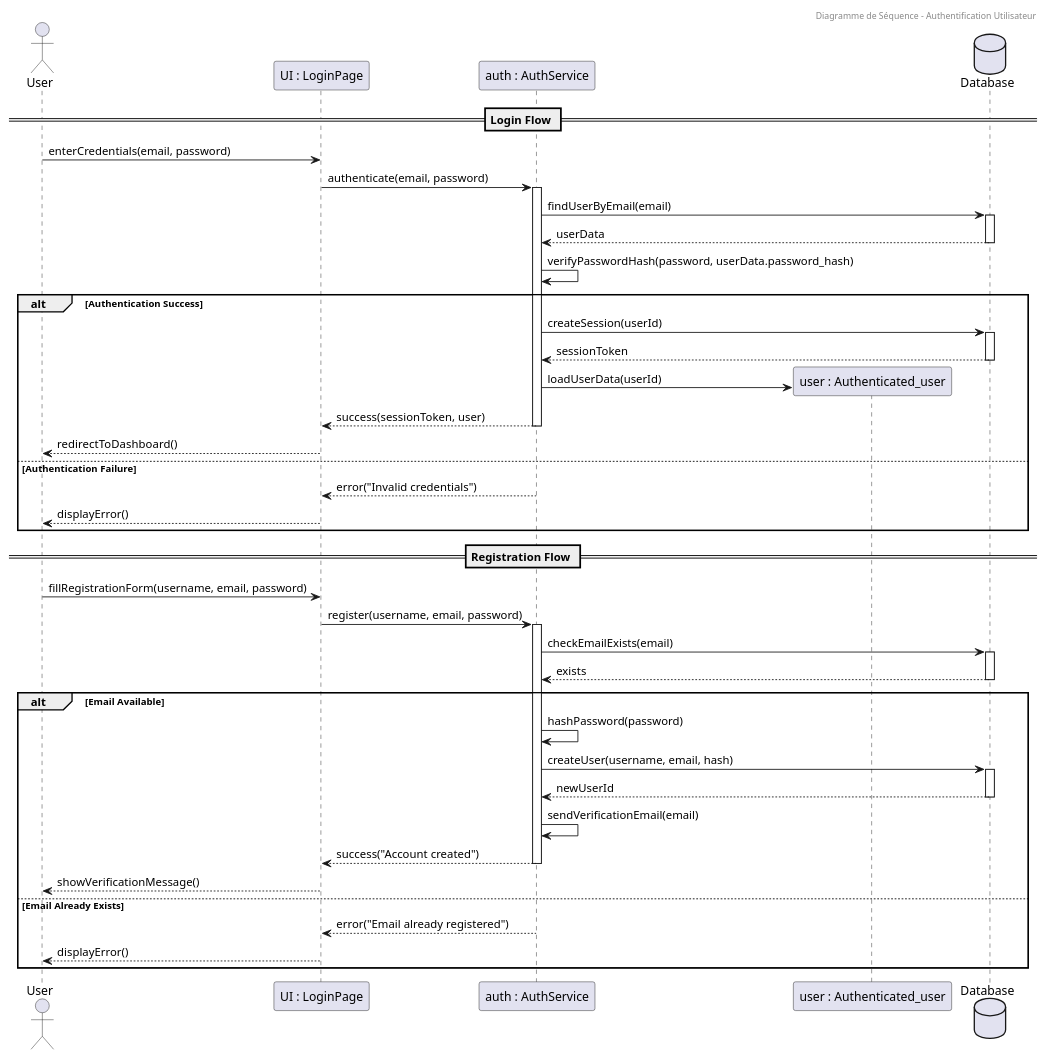
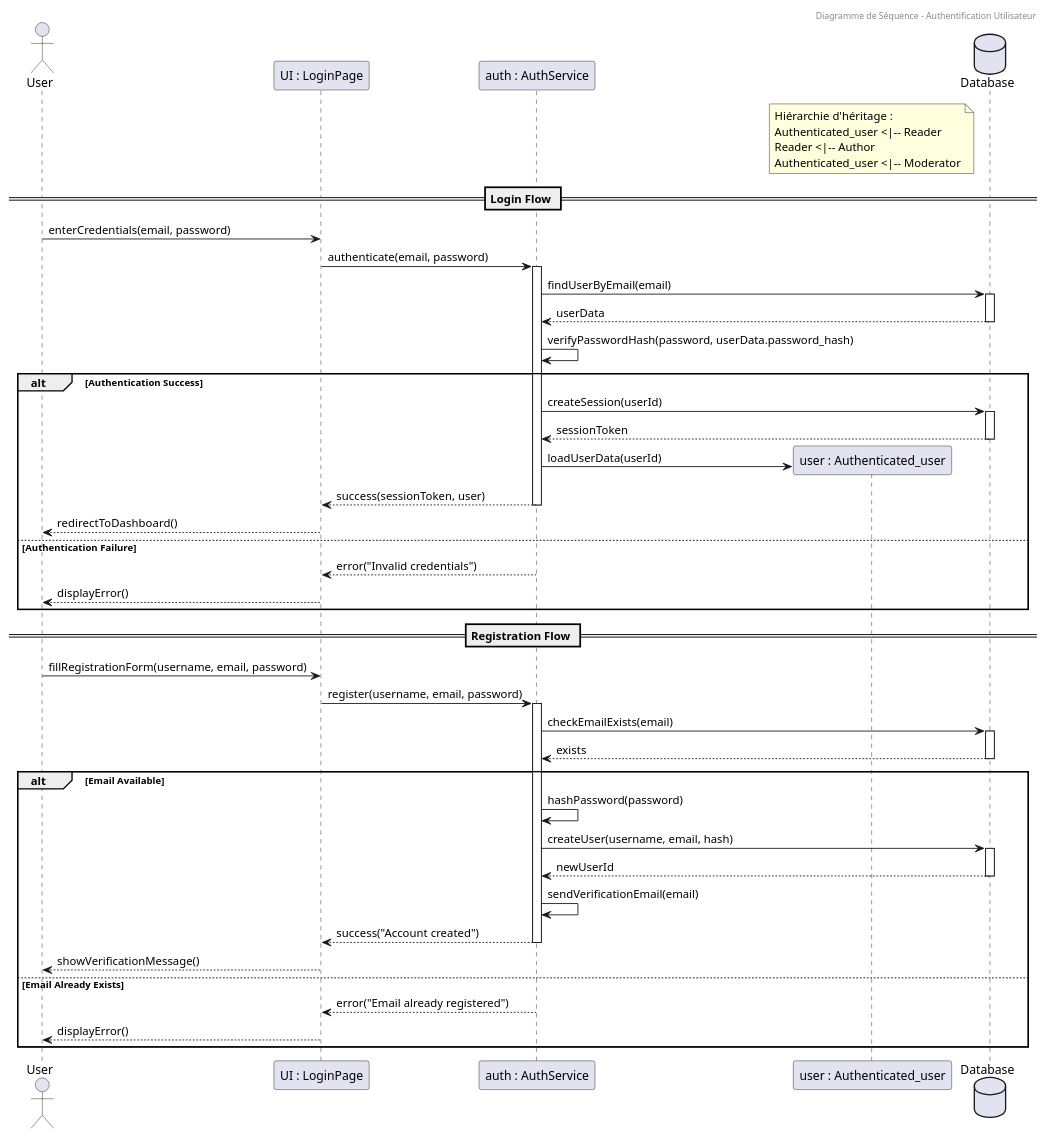
One commit to matthieuzajac/UML_project changed the diagram in src/Sequence/authentication.wsd. Above: the diagram before and after it, drawn with PlantUML. The commit also changed 9 other files, not shown here.

Commit message:
Modify UML diagrams: Author inherits from Reader and simplify Use Case diagram

```diff
--- a/src/Sequence/authentication.wsd
+++ b/src/Sequence/authentication.wsd
@@ -1,68 +1,75 @@
 @startuml sequence diagram authentication
 header Diagramme de Séquence - Authentification Utilisateur
 actor User as U
 participant "UI : LoginPage" as UI
 participant "auth : AuthService" as AUTH
 participant "user : Authenticated_user" as USER
 database "Database" as DB
+
+note over USER
+  Hiérarchie d'héritage :
+  Authenticated_user <|-- Reader
+  Reader <|-- Author
+  Authenticated_user <|-- Moderator
+end note
 
 == Login Flow ==
 U -> UI : enterCredentials(email, password)
 UI -> AUTH : authenticate(email, password)
 activate AUTH
 
 AUTH -> DB : findUserByEmail(email)
 activate DB
 DB --> AUTH : userData
 deactivate DB
 
 AUTH -> AUTH : verifyPasswordHash(password, userData.password_hash)
 
 alt Authentication Success
     AUTH -> DB : createSession(userId)
     activate DB
     DB --> AUTH : sessionToken
     deactivate DB
     
     create USER
     AUTH -> USER : loadUserData(userId)
     
     AUTH --> UI : success(sessionToken, user)
     deactivate AUTH
     UI --> U : redirectToDashboard()
     
 else Authentication Failure
     AUTH --> UI : error("Invalid credentials")
     deactivate AUTH
     UI --> U : displayError()
 end
 
 == Registration Flow ==
 U -> UI : fillRegistrationForm(username, email, password)
 UI -> AUTH : register(username, email, password)
 activate AUTH
 
 AUTH -> DB : checkEmailExists(email)
 activate DB
 DB --> AUTH : exists
 deactivate DB
 
 alt Email Available
     AUTH -> AUTH : hashPassword(password)
     AUTH -> DB : createUser(username, email, hash)
     activate DB
     DB --> AUTH : newUserId
     deactivate DB
     
     AUTH -> AUTH : sendVerificationEmail(email)
     AUTH --> UI : success("Account created")
     deactivate AUTH
     UI --> U : showVerificationMessage()
     
 else Email Already Exists
     AUTH --> UI : error("Email already registered")
     deactivate AUTH
     UI --> U : displayError()
 end
 
 @enduml
```
